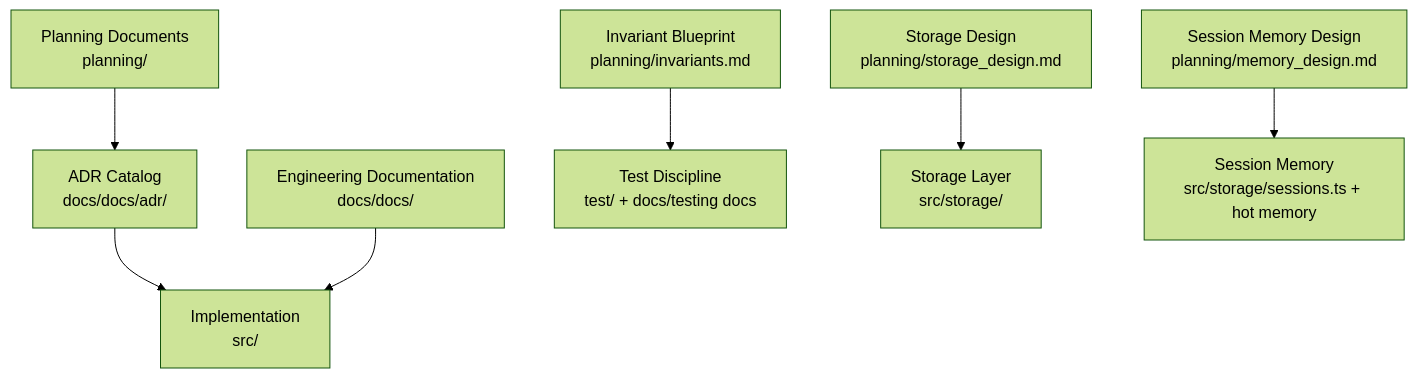
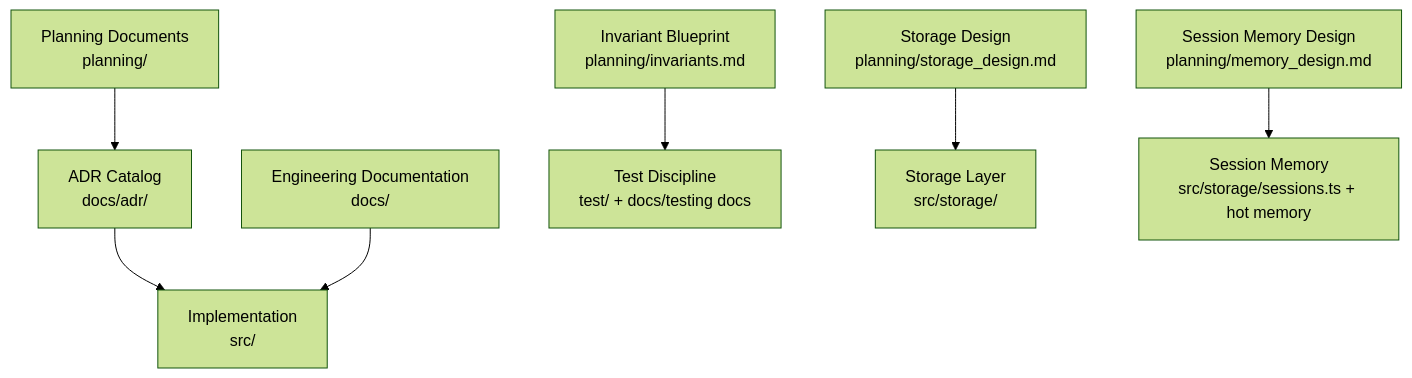
The first of 12 diagrams in Architecture Decision Records/Architecture Decision Records.md (Kuldeep2822k/palee-architecture), drawn with Mermaid (forest theme) before and after one commit. The commit also changed other lines of this file and 8 other files, not shown here.

````diff
--- a/Architecture Decision Records/Architecture Decision Records.md
+++ b/Architecture Decision Records/Architecture Decision Records.md
@@ -50,9 +51,9 @@
 ```mermaid
 graph TB
-    Planning["Planning Documents<br/>planning/"] --> ADRs["ADR Catalog<br/>docs/docs/adr/"]
+    Planning["Planning Documents<br/>planning/"] --> ADRs["ADR Catalog<br/>docs/adr/"]
     ADRs --> Implementation["Implementation<br/>src/"]
-    Docs["Engineering Documentation<br/>docs/docs/"] --> Implementation
+    Docs["Engineering Documentation<br/>docs/"] --> Implementation
     Invariants["Invariant Blueprint<br/>planning/invariants.md"] --> Testing["Test Discipline<br/>test/ + docs/testing docs"]
     StorageDesign["Storage Design<br/>planning/storage_design.md"] --> StorageLayer["Storage Layer<br/>src/storage/"]
     MemoryDesign["Session Memory Design<br/>planning/memory_design.md"] --> SessionMemory["Session Memory<br/>src/storage/sessions.ts + hot memory"]
 ```
````
